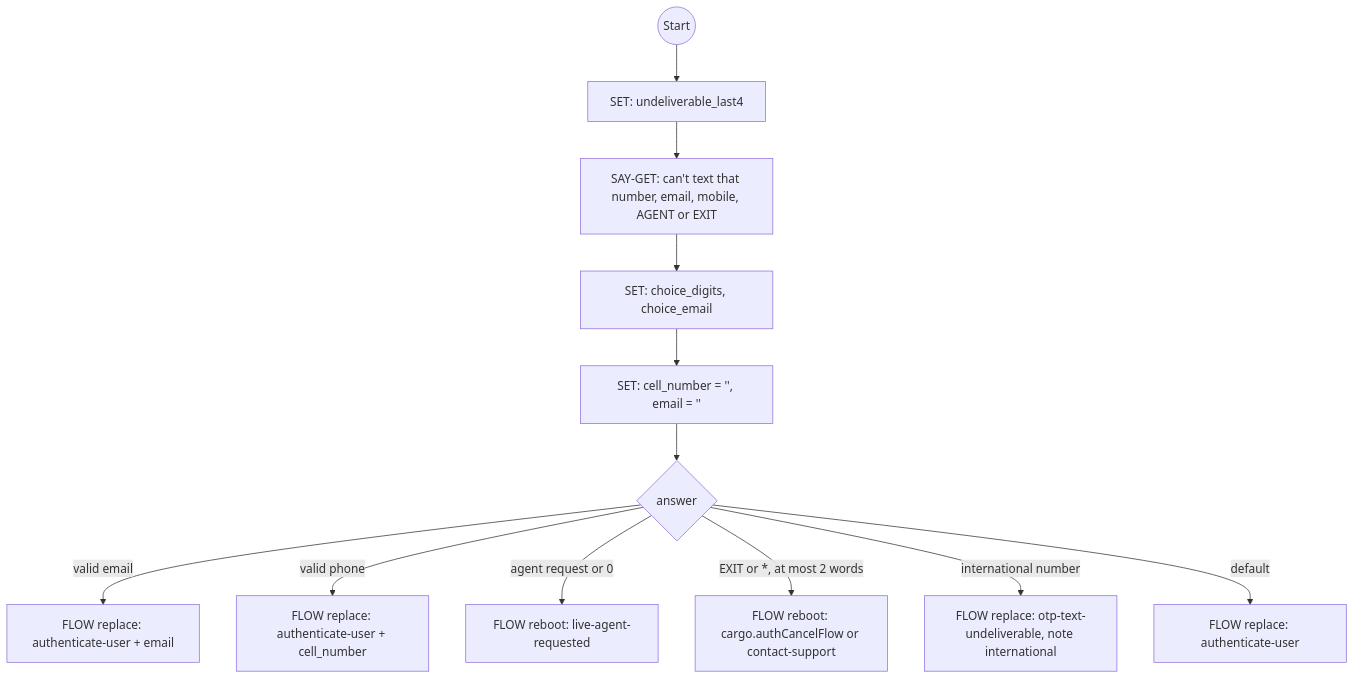
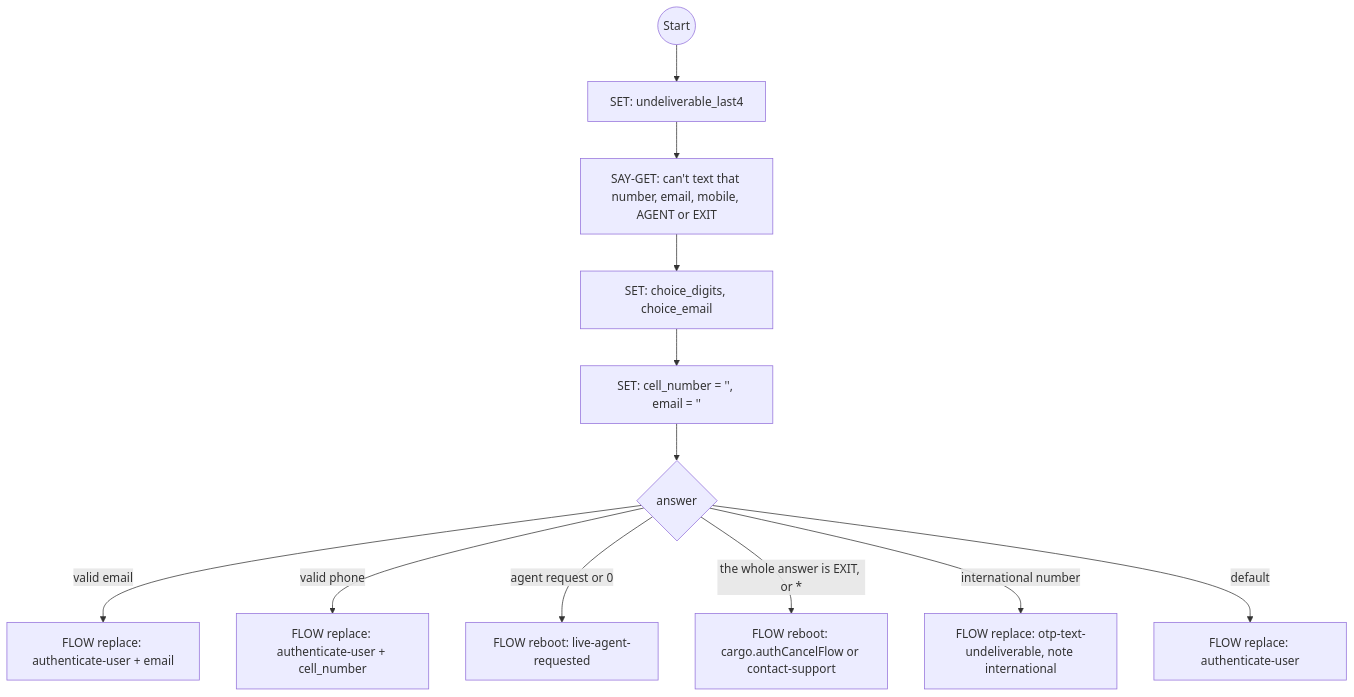
One commit to ronpinkas/jsfe changed diagram 15 of 25 in docs/system-flows.md. Above: the diagram before and after it, drawn with Mermaid. The commit also changed other lines of this file and 11 other files, not shown here.

First line of the commit message:
jsfe 1.11.1: a confident answer is never lost; EXIT is the whole answer.

````diff
--- a/docs/system-flows.md
+++ b/docs/system-flows.md
@@ -959,14 +960,14 @@
 ```mermaid
 graph TD
     start((Start)) --> describe_number[SET: undeliverable_last4]
     describe_number --> ask_other_contact[SAY-GET: can't text that number, email, mobile, AGENT or EXIT]
     ask_other_contact --> read[SET: choice_digits, choice_email]
     read --> clear[SET: cell_number = '', email = '']
     clear --> handle_choice{answer}
     handle_choice -->|valid email| try_email[FLOW replace: authenticate-user + email]
     handle_choice -->|valid phone| try_other_cell[FLOW replace: authenticate-user + cell_number]
     handle_choice -->|agent request or 0| goto_live_agent[FLOW reboot: live-agent-requested]
-    handle_choice -->|EXIT or *, at most 2 words| abort_process[FLOW reboot: cargo.authCancelFlow or contact-support]
+    handle_choice -->|the whole answer is EXIT, or *| abort_process[FLOW reboot: cargo.authCancelFlow or contact-support]
     handle_choice -->|international number| international_number["FLOW replace: otp-text-undeliverable, note international"]
     handle_choice -->|default| ask_contact_again[FLOW replace: authenticate-user]
 ```
````
